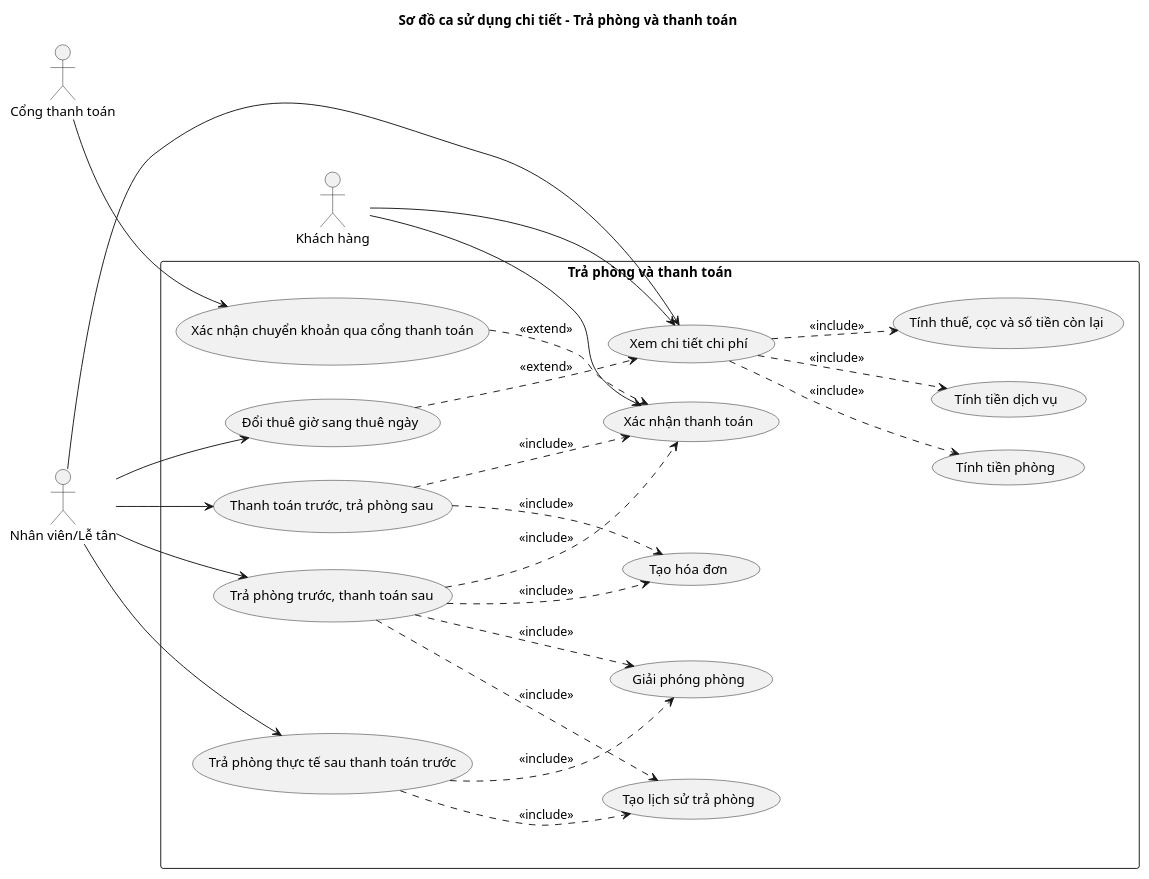
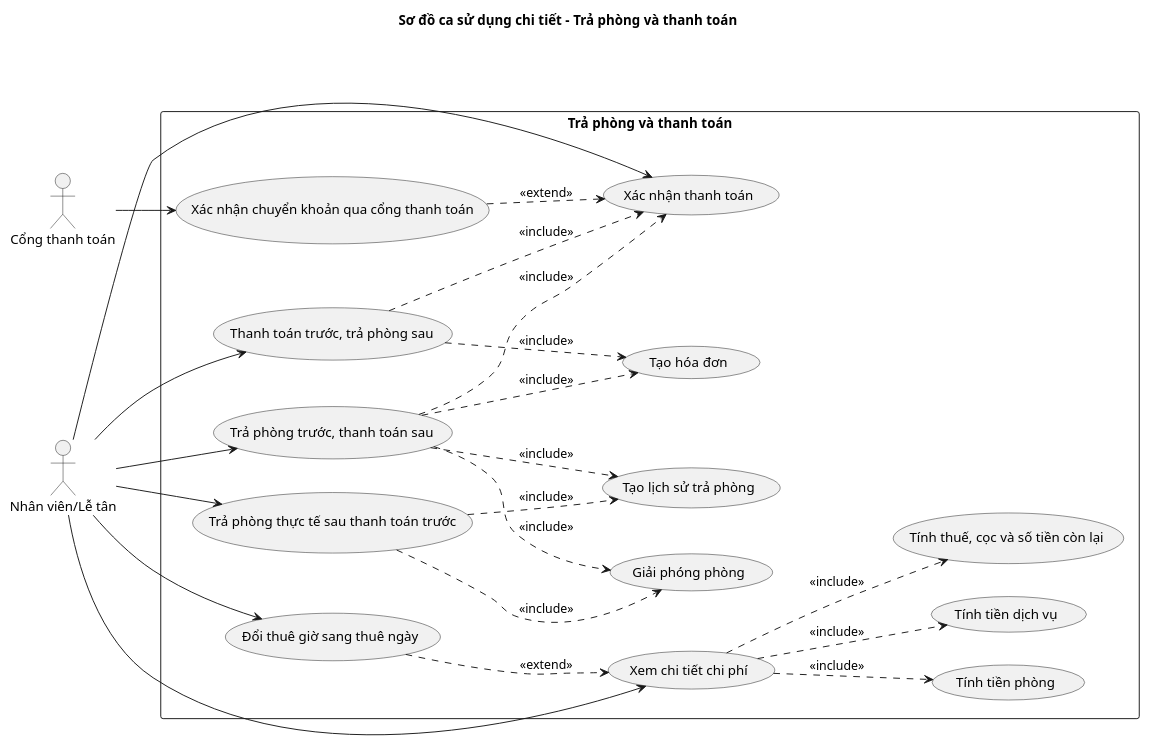
Before and after one commit to hieud3663/UHotel: the diagram in docs/uml/plantuml/usecase/UseCase_CheckOutPayment.puml, drawn with PlantUML. The commit also changed 26 other files, not shown here.

```diff
--- a/docs/uml/plantuml/usecase/UseCase_CheckOutPayment.puml
+++ b/docs/uml/plantuml/usecase/UseCase_CheckOutPayment.puml
@@ -1,48 +1,46 @@
 @startuml UseCase_CheckOutPayment
 left to right direction
 skinparam shadowing false
 title Sơ đồ ca sử dụng chi tiết - Trả phòng và thanh toán
 
-actor "Khách hàng" as Customer
 actor "Nhân viên/Lễ tân" as Staff
 actor "Cổng thanh toán" as Gateway
 
 rectangle "Trả phòng và thanh toán" {
   usecase "Xem chi tiết chi phí" as UC_Details
   usecase "Tính tiền phòng" as UC_RoomFee
   usecase "Tính tiền dịch vụ" as UC_ServiceFee
   usecase "Tính thuế, cọc và số tiền còn lại" as UC_Total
   usecase "Đổi thuê giờ sang thuê ngày" as UC_Convert
   usecase "Trả phòng trước, thanh toán sau" as UC_CheckoutThenPay
   usecase "Thanh toán trước, trả phòng sau" as UC_PayThenCheckout
   usecase "Xác nhận thanh toán" as UC_Confirm
   usecase "Xác nhận chuyển khoản qua cổng thanh toán" as UC_Webhook
   usecase "Trả phòng thực tế sau thanh toán trước" as UC_ActualCheckout
   usecase "Tạo hóa đơn" as UC_Invoice
   usecase "Tạo lịch sử trả phòng" as UC_History
   usecase "Giải phóng phòng" as UC_FreeRoom
 }
 
-Customer --> UC_Details
-Customer --> UC_Confirm
 Staff --> UC_Details
 Staff --> UC_Convert
 Staff --> UC_CheckoutThenPay
 Staff --> UC_PayThenCheckout
+Staff --> UC_Confirm
 Staff --> UC_ActualCheckout
 Gateway --> UC_Webhook
 
 UC_Details ..> UC_RoomFee : <<include>>
 UC_Details ..> UC_ServiceFee : <<include>>
 UC_Details ..> UC_Total : <<include>>
 UC_CheckoutThenPay ..> UC_Invoice : <<include>>
 UC_CheckoutThenPay ..> UC_History : <<include>>
 UC_CheckoutThenPay ..> UC_FreeRoom : <<include>>
 UC_CheckoutThenPay ..> UC_Confirm : <<include>>
 UC_PayThenCheckout ..> UC_Invoice : <<include>>
 UC_PayThenCheckout ..> UC_Confirm : <<include>>
 UC_ActualCheckout ..> UC_History : <<include>>
 UC_ActualCheckout ..> UC_FreeRoom : <<include>>
 UC_Webhook ..> UC_Confirm : <<extend>>
 UC_Convert ..> UC_Details : <<extend>>
 @enduml
```
